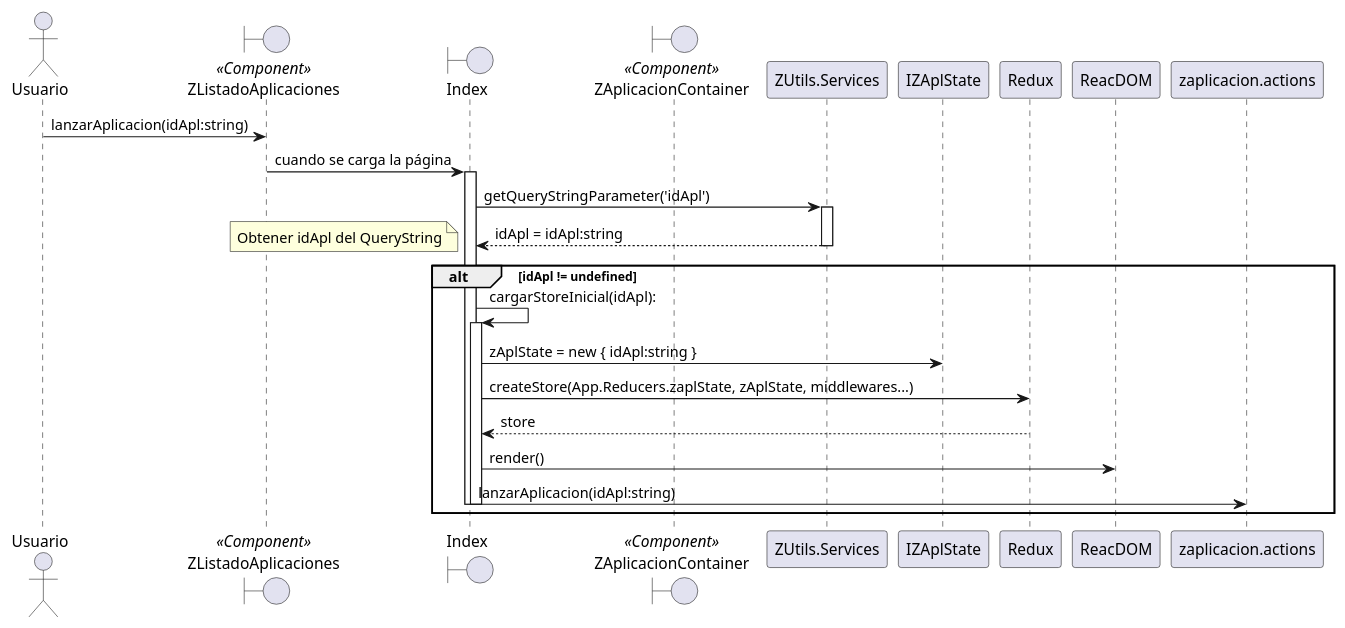
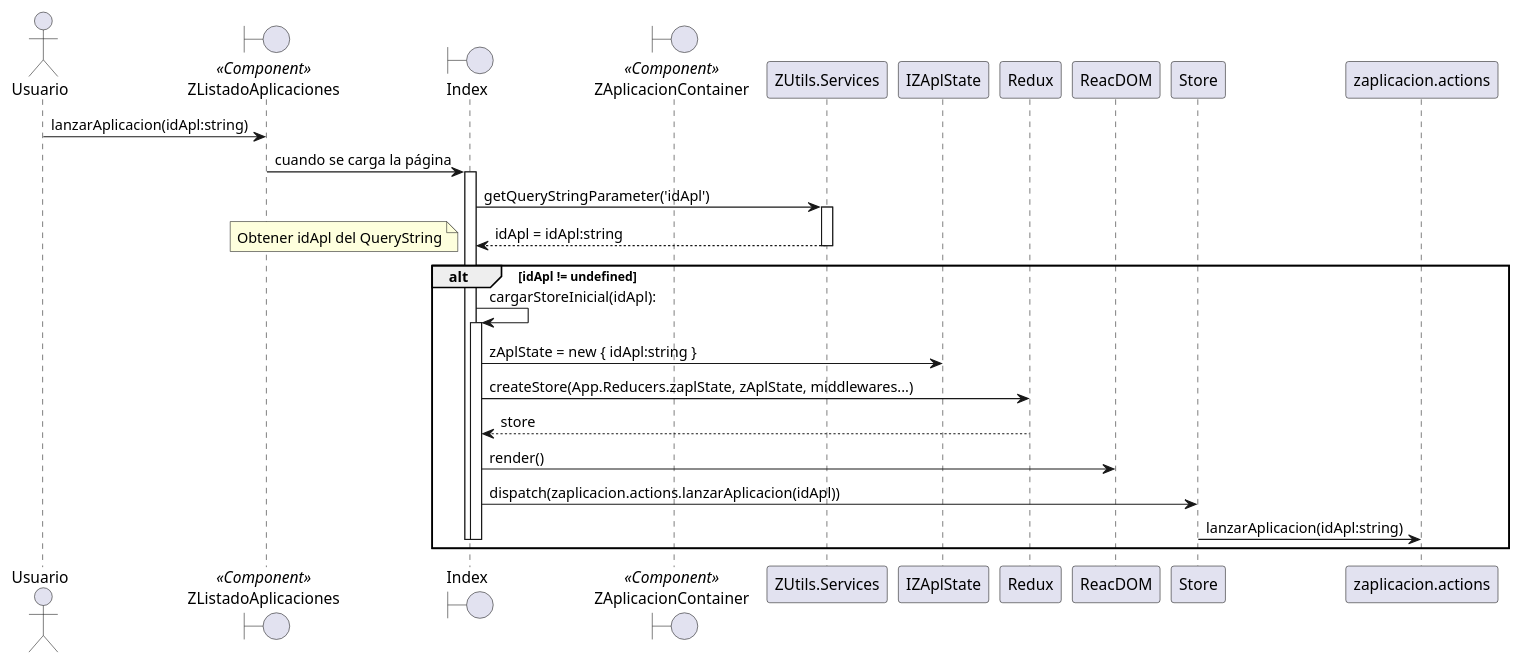
The diagram in docs/zaplicacion/lanzar-aplicacion-sequence.wsd (ceriosp/azenweb), drawn with PlantUML before and after one commit.

Commit message:
Diagrama de secuencia para lanzar aplicación

```diff
--- a/docs/zaplicacion/lanzar-aplicacion-sequence.wsd
+++ b/docs/zaplicacion/lanzar-aplicacion-sequence.wsd
@@ -1,33 +1,34 @@
 @startuml
 
 actor Usuario
 
 boundary ZListadoAplicaciones <<Component>>
 boundary Index
 boundary ZAplicacionContainer <<Component>>
 
 Usuario -> ZListadoAplicaciones: lanzarAplicacion(idApl:string)
 ZListadoAplicaciones -> Index : cuando se carga la página
 activate Index
 
 Index -> ZUtils.Services : getQueryStringParameter('idApl')
 activate ZUtils.Services
 Index <-- ZUtils.Services: idApl = idApl:string
 deactivate ZUtils.Services
 
 alt idApl != undefined
 
 note left: Obtener idApl del QueryString
 Index -> Index:cargarStoreInicial(idApl):
 activate Index
 Index -> IZAplState : zAplState = new { idApl:string }
 Index -> Redux: createStore(App.Reducers.zaplState, zAplState, middlewares...)
 Index <-- Redux: store
 Index -> ReacDOM: render()
-Index -> zaplicacion.actions: lanzarAplicacion(idApl:string)
+Index -> Store: dispatch(zaplicacion.actions.lanzarAplicacion(idApl))
+Store -> zaplicacion.actions: lanzarAplicacion(idApl:string)
 
 deactivate Index
 deactivate Index
 end
 
 @enduml
```
